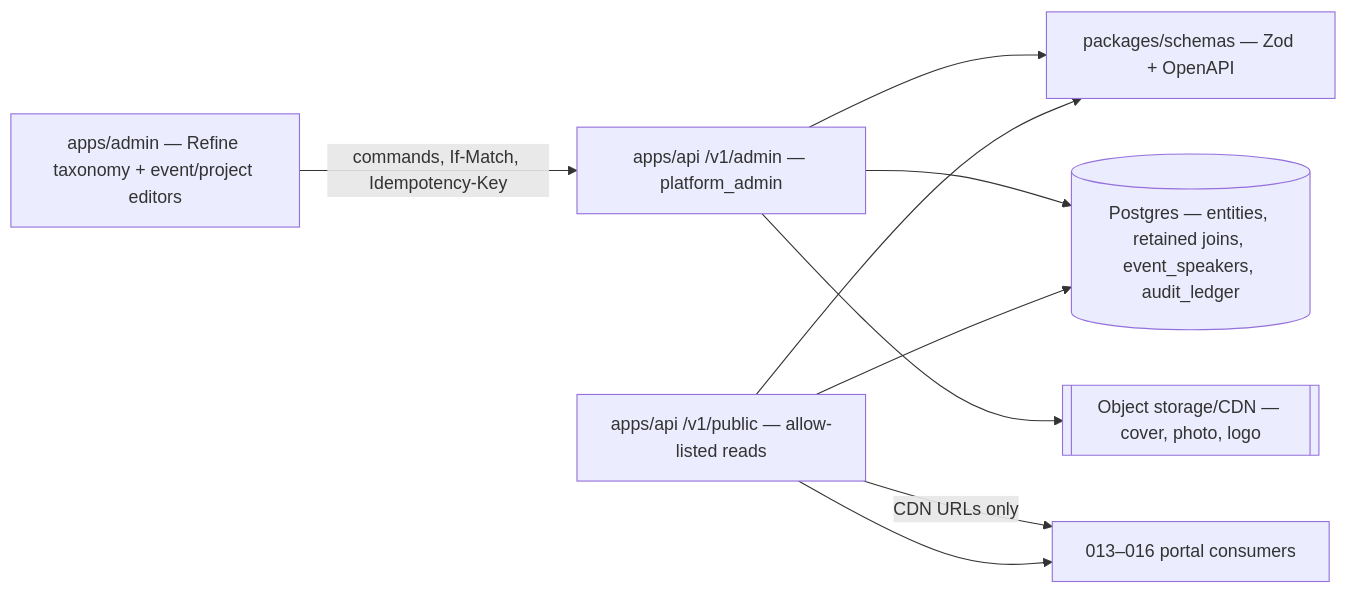
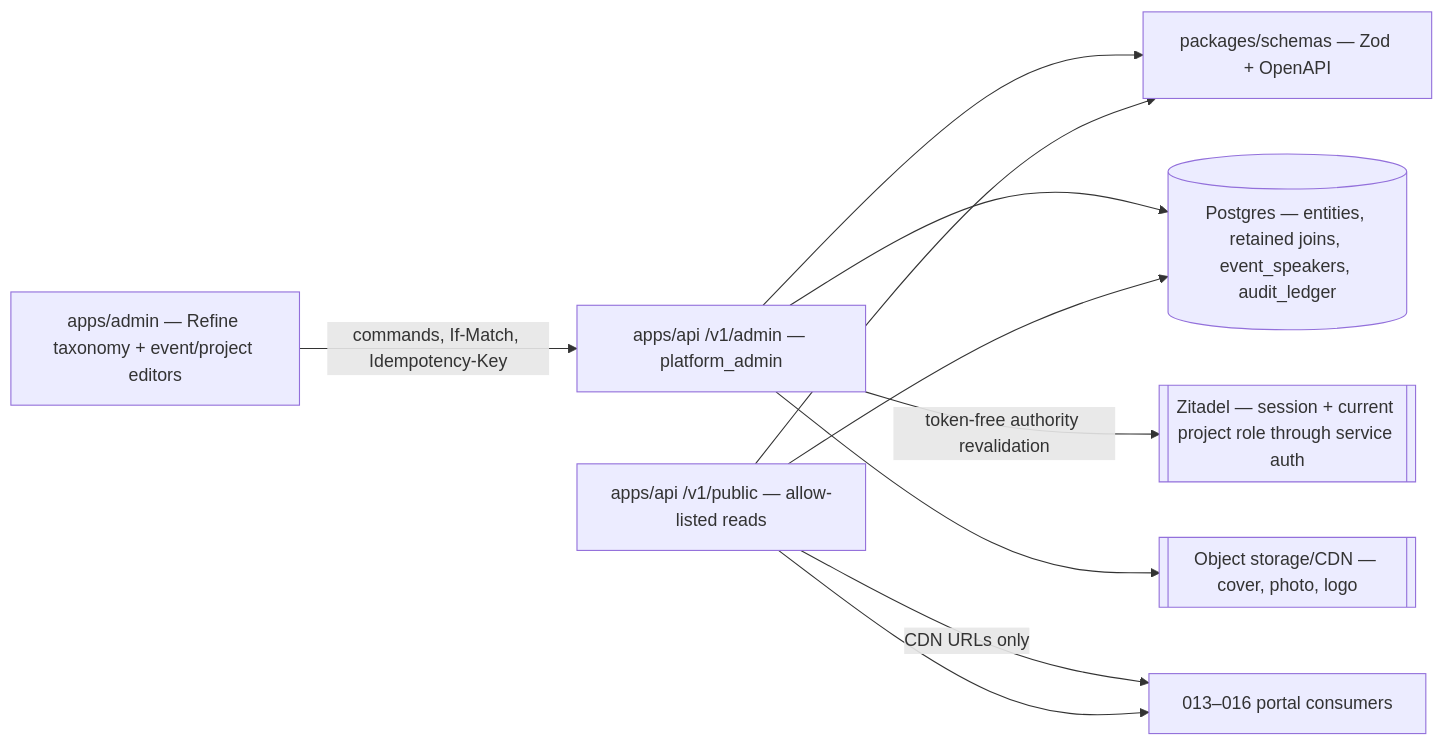
One commit to doctor-school/ds-platform changed the first of 5 diagrams in apps/docs/content/specs/features/012-content-taxonomy/012-design.md. Above: the diagram before and after it, drawn with Mermaid. The commit also changed other lines of this file and 9 other files, not shown here.

````diff
--- a/apps/docs/content/specs/features/012-content-taxonomy/012-design.md
+++ b/apps/docs/content/specs/features/012-content-taxonomy/012-design.md
@@ -16,19 +16,21 @@
 ```mermaid
 flowchart LR
   ADM[apps/admin — Refine taxonomy + event/project editors]
   APIA[apps/api /v1/admin — platform_admin]
   APIP[apps/api /v1/public — allow-listed reads]
   SCH[packages/schemas — Zod + OpenAPI]
   DB[(Postgres — entities, retained joins, event_speakers, audit_ledger)]
   S3[[Object storage/CDN — cover, photo, logo]]
+  IDP[[Zitadel — session + current project role through service auth]]
   NEXT[013–016 portal consumers]
 
   ADM -->|commands, If-Match, Idempotency-Key| APIA
   APIA --> SCH
   APIP --> SCH
   APIA --> DB
+  APIA -->|token-free authority revalidation| IDP
   APIP --> DB
   APIA --> S3
   APIP -->|CDN URLs only| NEXT
   APIP --> NEXT
 ```
````
